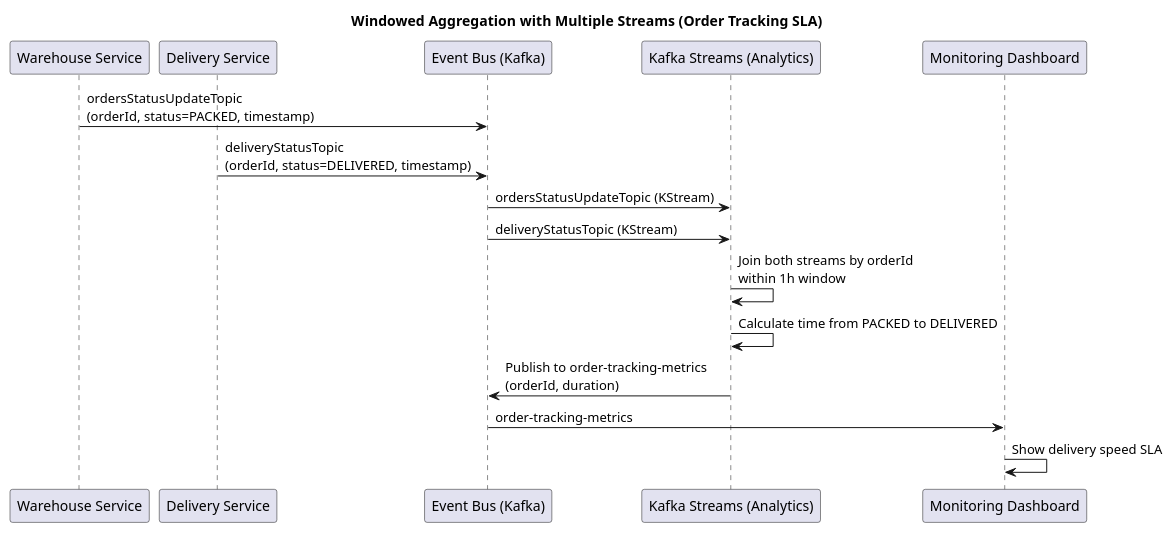
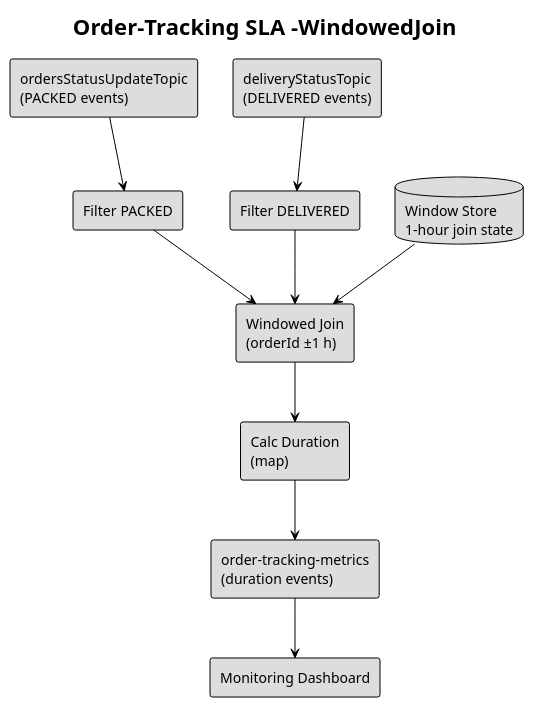
The diagram in docs/topologies/10WindowedOrderStatusMetrics.puml (polinachakun/order-pipeline), drawn with PlantUML before and after one commit. The commit also changed 1 other file, not shown here.

```diff
--- a/docs/topologies/10WindowedOrderStatusMetrics.puml
+++ b/docs/topologies/10WindowedOrderStatusMetrics.puml
@@ -1,24 +1,45 @@
 @startuml
-title Windowed Aggregation with Multiple Streams (Order Tracking SLA)
+!theme plain
+title Order‑Tracking SLA –WindowedJoin
 
-participant "Warehouse Service" as Warehouse
-participant "Delivery Service" as Delivery
-participant "Event Bus (Kafka)" as Kafka
-participant "Kafka Streams (Analytics)" as Analytics
-participant "Monitoring Dashboard" as Dashboard
+skinparam defaultFontName Arial
+skinparam rectangle {
+  BackgroundColor #DDDDDD
+  BorderColor Black
+  FontColor Black
+  Shadowing false
+}
+skinparam database {
+  BackgroundColor #DDDDDD
+  BorderColor Black
+  FontColor Black
+  Shadowing false
+}
 
-Warehouse -> Kafka: ordersStatusUpdateTopic\n(orderId, status=PACKED, timestamp)
-Delivery -> Kafka: deliveryStatusTopic\n(orderId, status=DELIVERED, timestamp)
+'--------------- Streams / Topics -----------------
+rectangle "ordersStatusUpdateTopic\n(PACKED events)" as PackedTopic
+rectangle "deliveryStatusTopic\n(DELIVERED events)"  as DeliveredTopic
+rectangle "order‑tracking‑metrics\n(duration events)" as MetricsTopic
 
-Kafka -> Analytics: ordersStatusUpdateTopic (KStream)
-Kafka -> Analytics: deliveryStatusTopic (KStream)
+'--------------- Processing steps -----------------
+rectangle "Filter PACKED"          as FilterPacked
+rectangle "Filter DELIVERED"       as FilterDelivered
+database  "Window Store\n1‑hour join state" as WindowStore
+rectangle "Windowed Join\n(orderId ±1 h)"   as Join
+rectangle "Calc Duration\n(map)"            as Duration
 
-Analytics -> Analytics: Join both streams by orderId\nwithin 1h window
-Analytics -> Analytics: Calculate time from PACKED to DELIVERED
+'--------------- Sink / Consumer ------------------
+rectangle "Monitoring Dashboard"   as Dashboard
 
-Analytics -> Kafka: Publish to order-tracking-metrics\n(orderId, duration)
+'--------------- Pipeline -------------------------
+PackedTopic    --> FilterPacked
+DeliveredTopic --> FilterDelivered
 
-Kafka -> Dashboard: order-tracking-metrics
-Dashboard -> Dashboard: Show delivery speed SLA
+FilterPacked   --> Join
+FilterDelivered--> Join
+WindowStore    --> Join
+Join           --> Duration
+Duration       --> MetricsTopic
+MetricsTopic   --> Dashboard
 
 @enduml
```
